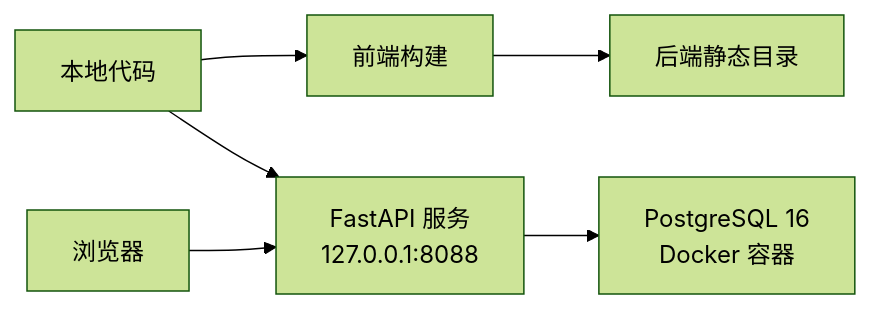
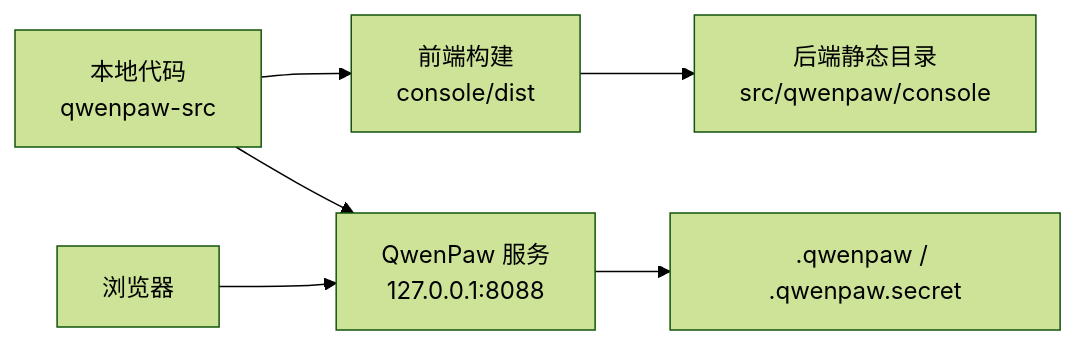
The sixth of 7 diagrams in docs/technical-solution.md (devjotaduo/nexora-ai-platform), drawn with Mermaid (forest theme) before and after one commit. The commit also changed other lines of this file and 39 other files, not shown here.

````diff
--- a/docs/technical-solution.md
+++ b/docs/technical-solution.md
@@ -417,8 +408,8 @@
 ```mermaid
 flowchart LR
-    Repo["本地代码"] --> Build["前端构建"]
-    Build --> Static["后端静态目录"]
-    Repo --> App["FastAPI 服务<br/>127.0.0.1:8088"]
-    App --> PG["PostgreSQL 16<br/>Docker 容器"]
+    Repo["本地代码<br/>qwenpaw-src"] --> Build["前端构建<br/>console/dist"]
+    Build --> Static["后端静态目录<br/>src/qwenpaw/console"]
+    Repo --> App["QwenPaw 服务<br/>127.0.0.1:8088"]
+    App --> Data[".qwenpaw / .qwenpaw.secret"]
     Browser["浏览器"] --> App
 ```
````
